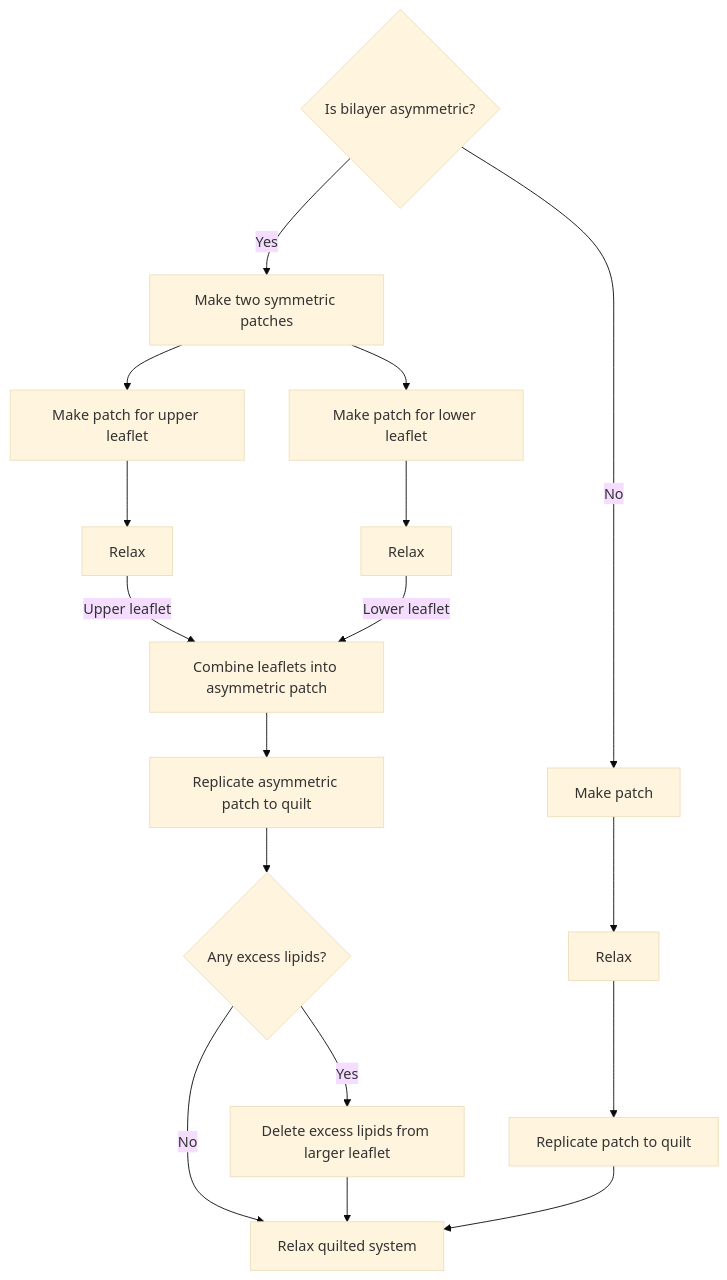
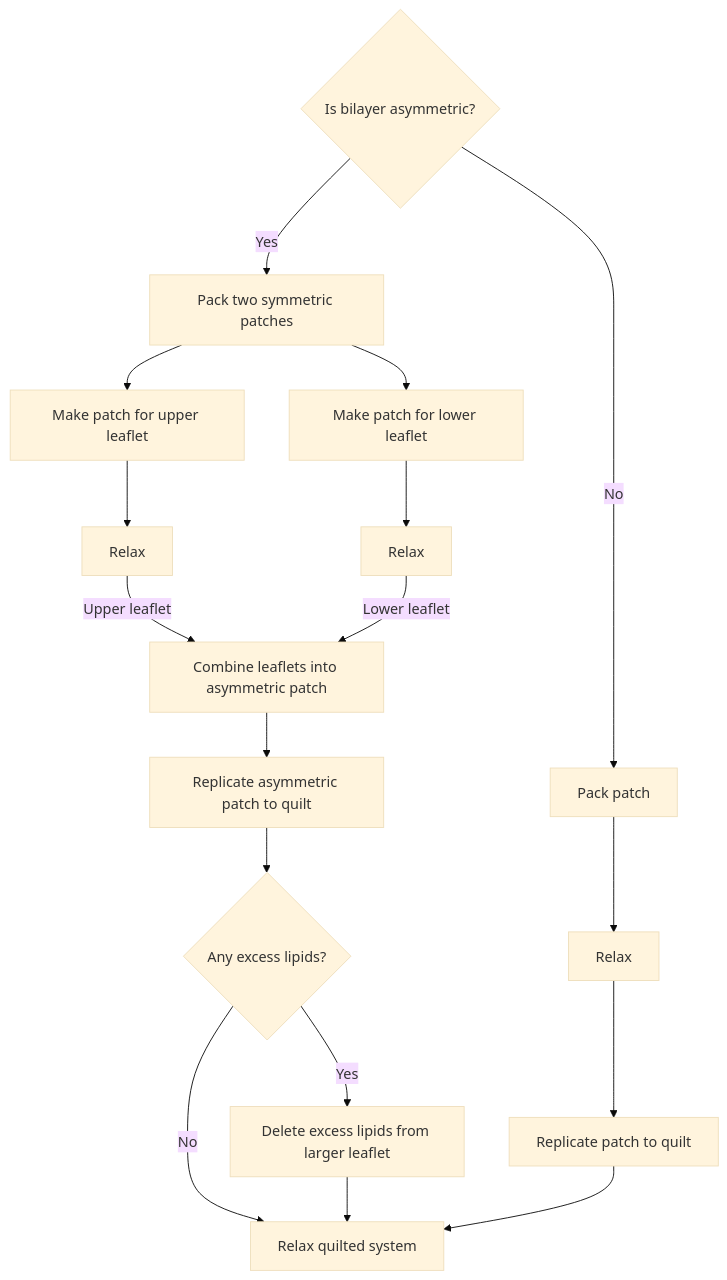
The second of 2 diagrams in docs/source/subs/buildtasks/make_membrane_system.rst (cameronabrams/pestifer), drawn with Mermaid (base theme) before and after one commit. The commit also changed other lines of this file and 7 other files, not shown here.

```diff
--- a/docs/source/subs/buildtasks/make_membrane_system.rst
+++ b/docs/source/subs/buildtasks/make_membrane_system.rst
@@ -178,21 +211,21 @@
 .. mermaid::
-  :caption: Pestifer's algorithm for making a bilayer.
+  :caption: Packmol packer flow.
 
   graph TD;
     A{Is bilayer asymmetric?};
-    A -- No --> B[Make patch];
+    A -- No --> B[Pack patch];
     B --> H[Relax];
     H --> I[Replicate patch to quilt];
-    A -- Yes --> C[Make two symmetric patches];
+    A -- Yes --> C[Pack two symmetric patches];
     C --> D[Make patch for upper leaflet];
     C --> E[Make patch for lower leaflet];
     D --> F[Relax];
     E --> G[Relax];
     F -- Upper leaflet --> J[Combine leaflets into asymmetric patch];
     G -- Lower leaflet --> J;
     J --> N[Replicate asymmetric patch to quilt];
     N --> K{Any excess lipids?};
     K -- Yes --> L[Delete excess lipids from larger leaflet];
     K -- No --> M[Relax quilted system];
     L --> M;
     I --> M;
```
